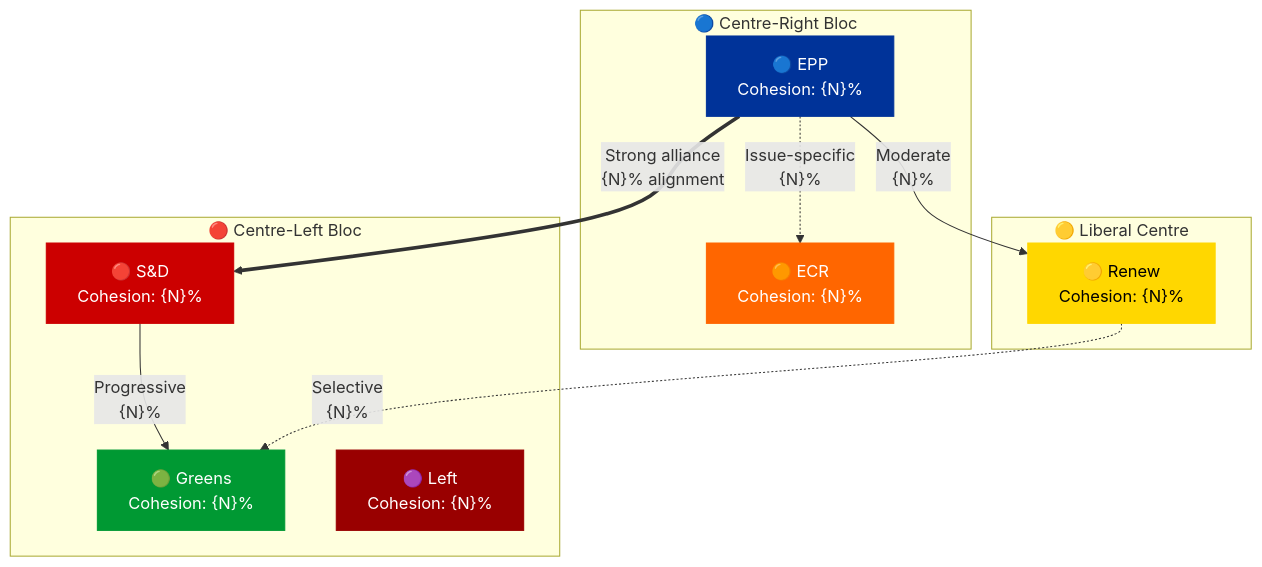
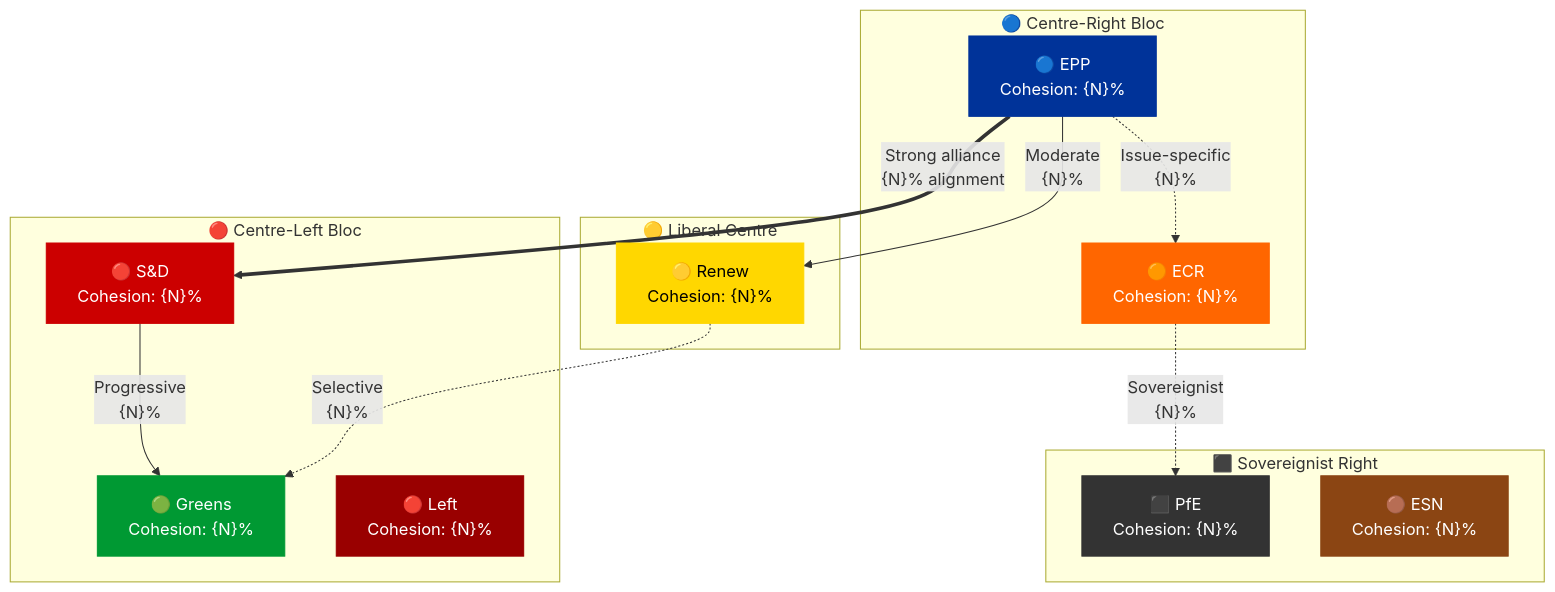
Before and after one commit to Hack23/euparliamentmonitor: the first of 4 diagrams in docs/analysis-methodology/coalition-dynamics-analysis.md, drawn with Mermaid. The commit also changed other lines of this file and 10 other files, not shown here.

````diff
--- a/docs/analysis-methodology/coalition-dynamics-analysis.md
+++ b/docs/analysis-methodology/coalition-dynamics-analysis.md
@@ -71,30 +71,38 @@
 ```mermaid
 flowchart TD
     subgraph "🔵 Centre-Right Bloc"
         EPP["🔵 EPP<br/>Cohesion: {N}%"]
         ECR["🟠 ECR<br/>Cohesion: {N}%"]
     end
 
     subgraph "🔴 Centre-Left Bloc"
         SD["🔴 S&D<br/>Cohesion: {N}%"]
         GR["🟢 Greens<br/>Cohesion: {N}%"]
-        LF["🟣 Left<br/>Cohesion: {N}%"]
+        LF["🔴 Left<br/>Cohesion: {N}%"]
     end
 
     subgraph "🟡 Liberal Centre"
         RN["🟡 Renew<br/>Cohesion: {N}%"]
+    end
+
+    subgraph "⬛ Sovereignist Right"
+        PFE["⬛ PfE<br/>Cohesion: {N}%"]
+        ESN["🟤 ESN<br/>Cohesion: {N}%"]
     end
 
     EPP ==>|"Strong alliance<br/>{N}% alignment"| SD
     EPP -->|"Moderate<br/>{N}%"| RN
     SD -->|"Progressive<br/>{N}%"| GR
     EPP -.->|"Issue-specific<br/>{N}%"| ECR
     RN -.->|"Selective<br/>{N}%"| GR
+    ECR -.->|"Sovereignist<br/>{N}%"| PFE
 
     style EPP fill:#003399,color:#fff,stroke:#003399
     style SD fill:#cc0000,color:#fff,stroke:#cc0000
     style RN fill:#FFD700,color:#000,stroke:#FFD700
     style ECR fill:#FF6600,color:#fff,stroke:#FF6600
     style GR fill:#009933,color:#fff,stroke:#009933
     style LF fill:#990000,color:#fff,stroke:#990000
+    style PFE fill:#333333,color:#fff,stroke:#333333
+    style ESN fill:#8B4513,color:#fff,stroke:#8B4513
 ```
````
